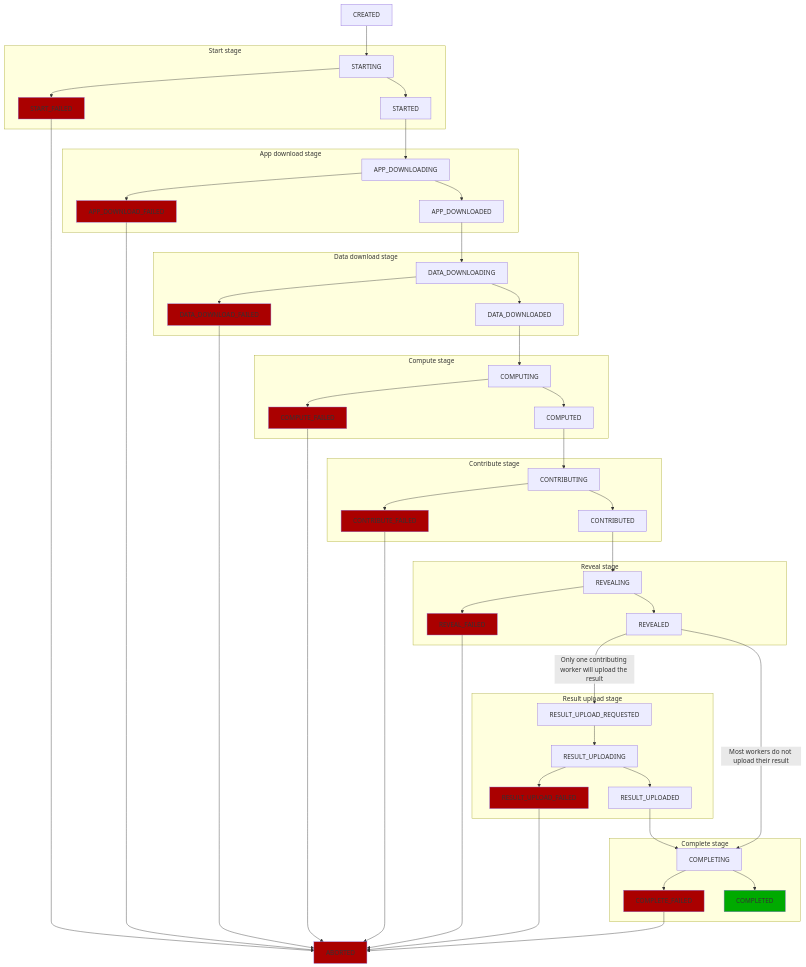
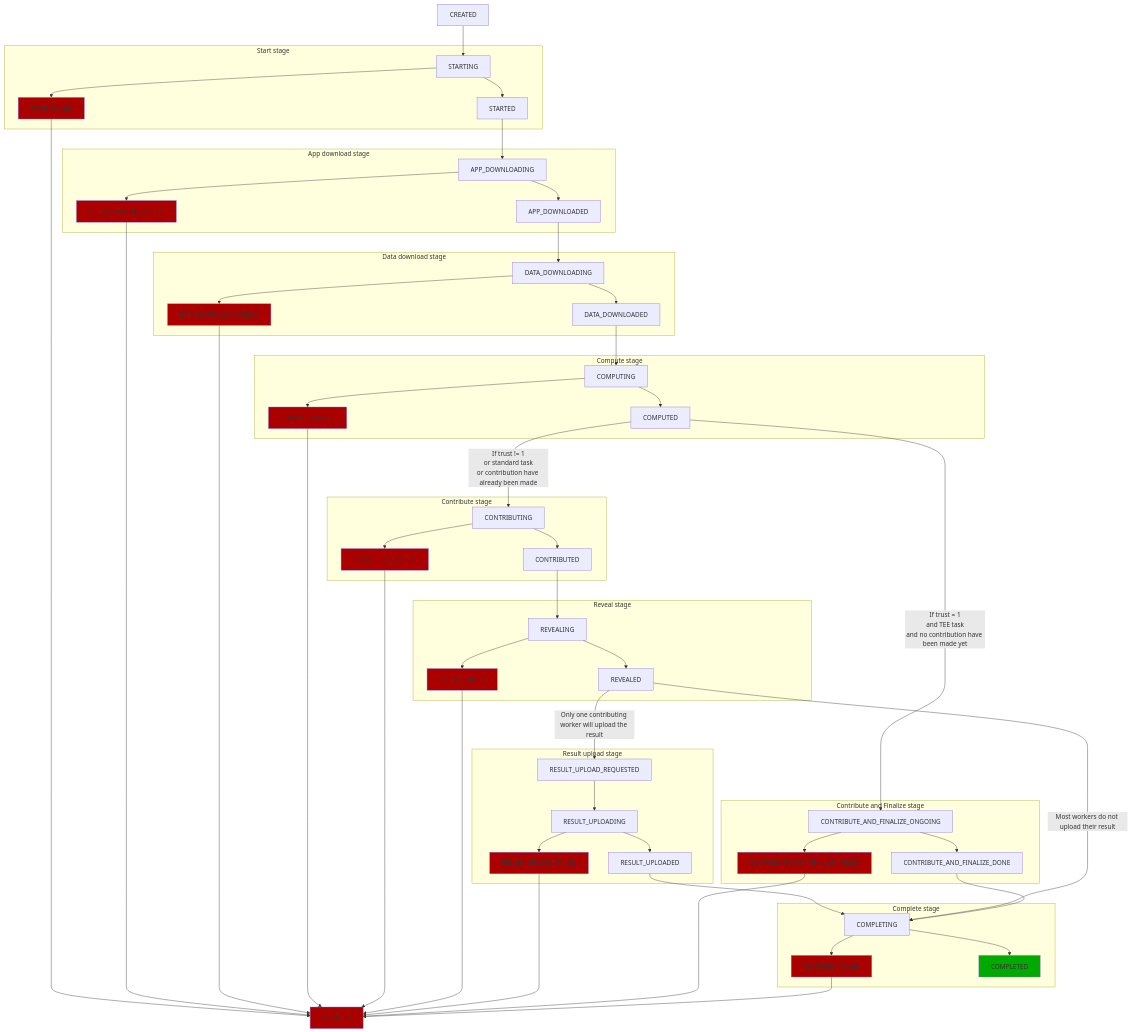
The second of 2 diagrams in for-developers/advanced/task-feedback.md (iExecBlockchainComputing/documentation), drawn with Mermaid before and after one commit.

Commit message:
Update replicate workflow to match ContributeAndFinalize

````diff
--- a/for-developers/advanced/task-feedback.md
+++ b/for-developers/advanced/task-feedback.md
@@ -156,75 +156,82 @@
 ```mermaid
 flowchart
 
 CREATED --> STARTING
 
 subgraph Start stage
     STARTING --> STARTED
     STARTING --> START_FAILED:::failure
 end
 
 subgraph App download stage
     STARTED --> APP_DOWNLOADING
 
     APP_DOWNLOADING --> APP_DOWNLOADED
     APP_DOWNLOADING --> APP_DOWNLOAD_FAILED:::failure
 end
 
 subgraph Data download stage
     APP_DOWNLOADED --> DATA_DOWNLOADING
 
     DATA_DOWNLOADING --> DATA_DOWNLOADED
     DATA_DOWNLOADING --> DATA_DOWNLOAD_FAILED:::failure
 end
 
 subgraph Compute stage
     DATA_DOWNLOADED --> COMPUTING
 
     COMPUTING --> COMPUTED
     COMPUTING --> COMPUTE_FAILED:::failure
 end
 
 subgraph Contribute stage
-    COMPUTED --> CONTRIBUTING
+    COMPUTED -- If trust != 1\nor standard task\nor contribution have already been made --> CONTRIBUTING
 
     CONTRIBUTING --> CONTRIBUTED
     CONTRIBUTING --> CONTRIBUTE_FAILED:::failure
-
 end
 
 subgraph Reveal stage
     CONTRIBUTED --> REVEALING
 
     REVEALING --> REVEALED
     REVEALING --> REVEAL_FAILED:::failure
 end
 
 subgraph Result upload stage
     REVEALED -- Only one contributing worker will upload the result --> RESULT_UPLOAD_REQUESTED
     RESULT_UPLOAD_REQUESTED --> RESULT_UPLOADING
     RESULT_UPLOADING --> RESULT_UPLOADED
     RESULT_UPLOADING --> RESULT_UPLOAD_FAILED:::failure
 end
 
+subgraph Contribute and Finalize stage
+    COMPUTED -- If trust = 1\nand TEE task\nand no contribution have been made yet --> CONTRIBUTE_AND_FINALIZE_ONGOING
+
+    CONTRIBUTE_AND_FINALIZE_ONGOING --> CONTRIBUTE_AND_FINALIZE_DONE
+    CONTRIBUTE_AND_FINALIZE_ONGOING --> CONTRIBUTE_AND_FINALIZE_FAILED:::failure
+end
+
 subgraph Complete stage
     RESULT_UPLOADED --> COMPLETING
     REVEALED -- Most workers do not upload their result --> COMPLETING
+    CONTRIBUTE_AND_FINALIZE_DONE --> COMPLETING
 
     COMPLETING --> COMPLETE_FAILED:::failure
     COMPLETING --> COMPLETED:::completed
 end
-
 
 START_FAILED --> ABORTED:::failure
 APP_DOWNLOAD_FAILED --> ABORTED
 DATA_DOWNLOAD_FAILED --> ABORTED
 COMPUTE_FAILED --> ABORTED
 CONTRIBUTE_FAILED --> ABORTED
 REVEAL_FAILED --> ABORTED
 RESULT_UPLOAD_FAILED --> ABORTED
+CONTRIBUTE_AND_FINALIZE_FAILED --> ABORTED
 COMPLETE_FAILED --> ABORTED
 
 %% Style definitions
 classDef failure fill:#a00
 classDef completed fill:#0a0
 ```
````
